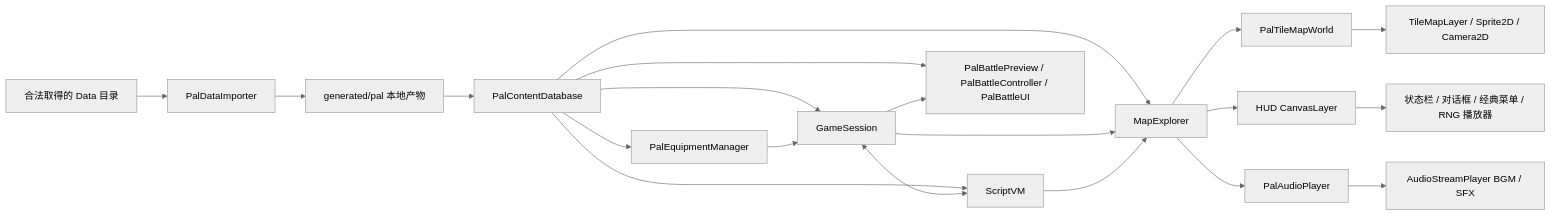
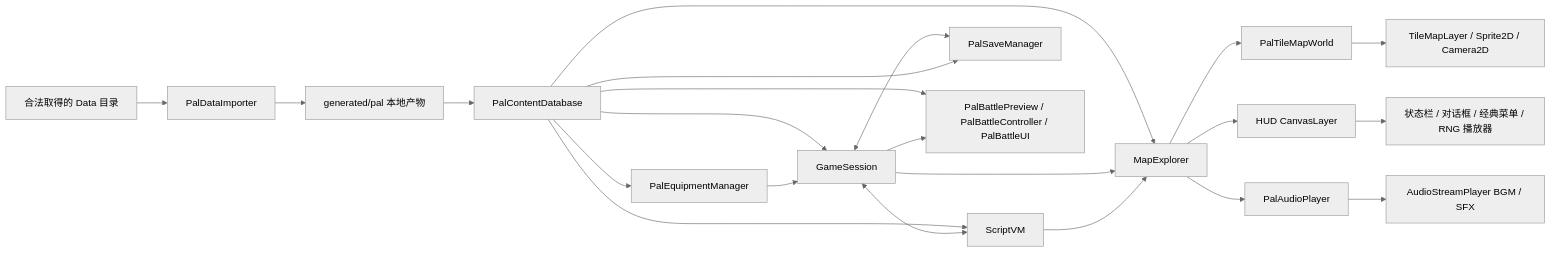
One commit to 1xuanyuan1/sword-godot changed the first of 2 diagrams in docs/ARCHITECTURE.md. Above: the diagram before and after it, drawn with Mermaid (neutral theme). The commit also changed other lines of this file and 29 other files, not shown here.

````diff
--- a/docs/ARCHITECTURE.md
+++ b/docs/ARCHITECTURE.md
@@ -5,22 +5,24 @@
 ```mermaid
 flowchart LR
     A[合法取得的 Data 目录] --> B[PalDataImporter]
     B --> C[generated/pal 本地产物]
     C --> D[PalContentDatabase]
     D --> E[GameSession]
     D --> F[ScriptVM]
     D --> P[PalEquipmentManager]
     P --> E
     E <--> F
+    E <--> Q[PalSaveManager]
+    D --> Q
     D --> G[MapExplorer]
     D --> O[PalBattlePreview / PalBattleController / PalBattleUI]
     E --> O
     E --> G
     F --> G
     G --> H[PalTileMapWorld]
     G --> I[HUD CanvasLayer]
     I --> K[状态栏 / 对话框 / 经典菜单 / RNG 播放器]
     H --> J[TileMapLayer / Sprite2D / Camera2D]
     G --> L[PalAudioPlayer]
     L --> N[AudioStreamPlayer BGM / SFX]
 ```
````
